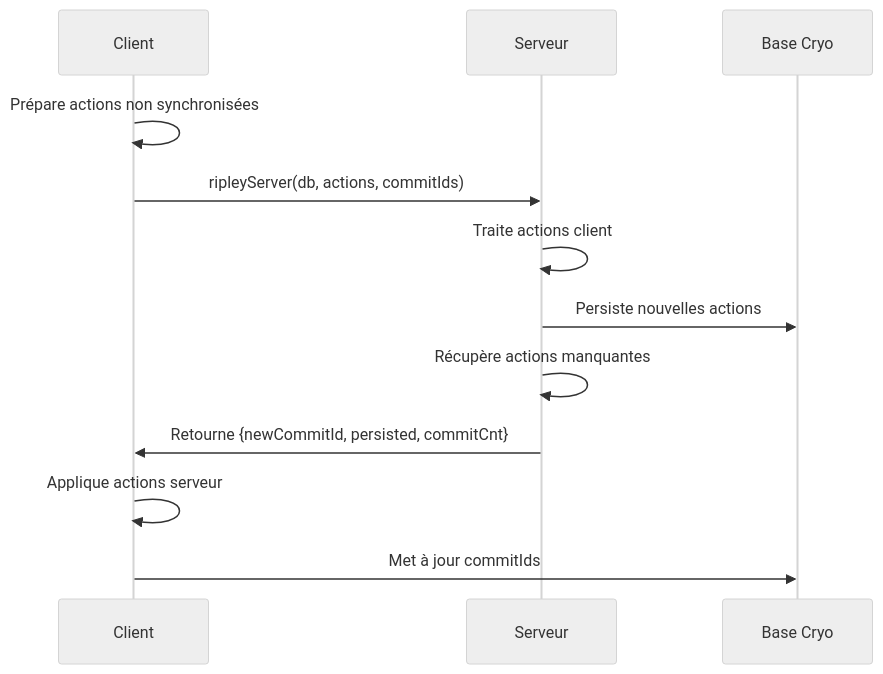
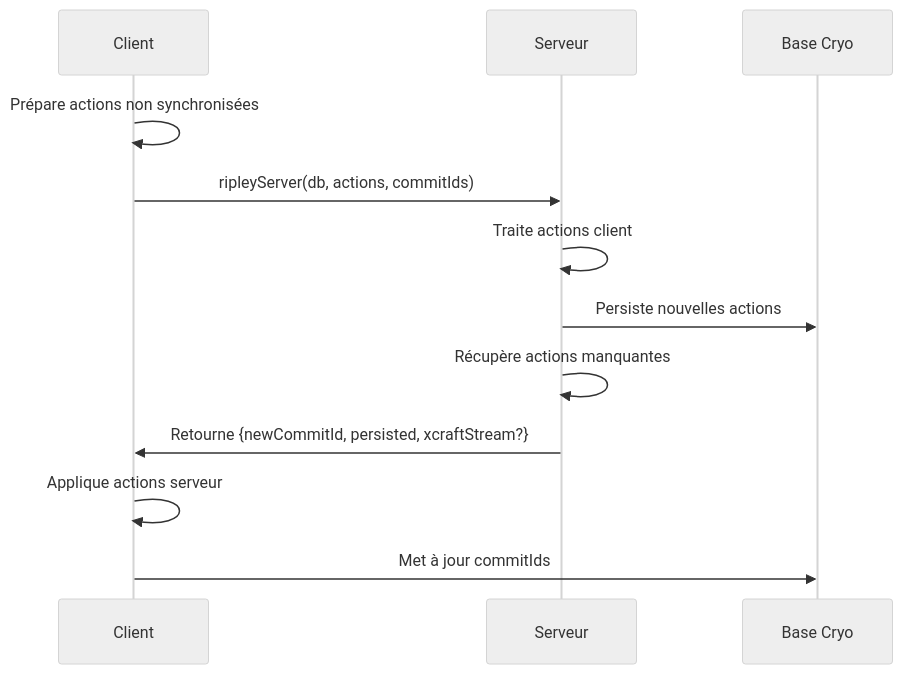
Before and after one commit to Xcraft-Inc/xcraft-core-goblin: the first of 5 diagrams in doc/synchronization.md, drawn with Mermaid (neutral theme). The commit also changed other lines of this file, not shown here.

````diff
--- a/doc/synchronization.md
+++ b/doc/synchronization.md
@@ -29,15 +29,15 @@
 ```mermaid
 sequenceDiagram
     participant C as Client
     participant S as Serveur
     participant DB as Base Cryo
 
     C->>C: Prépare actions non synchronisées
     C->>S: ripleyServer(db, actions, commitIds)
     S->>S: Traite actions client
     S->>DB: Persiste nouvelles actions
     S->>S: Récupère actions manquantes
-    S->>C: Retourne {newCommitId, persisted, commitCnt}
+    S->>C: Retourne {newCommitId, persisted, xcraftStream?}
     C->>C: Applique actions serveur
     C->>DB: Met à jour commitIds
 ```
````
